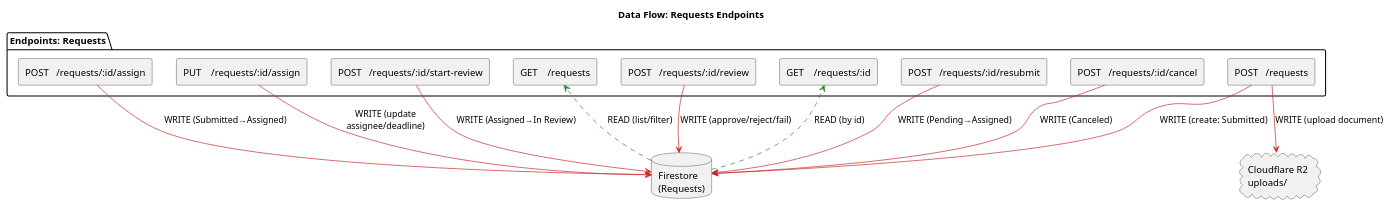
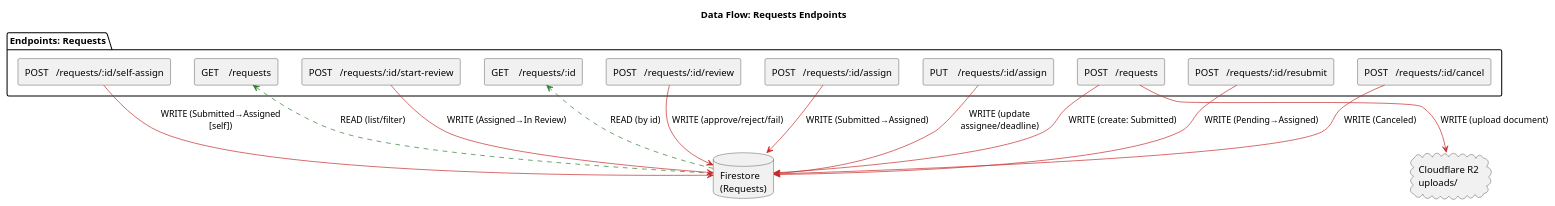
One commit to ST10399453/INSY7315_CiteWise changed the diagram in backend/documentation/requests.puml. Above: the diagram before and after it, drawn with PlantUML. The commit also changed 1 other file, not shown here.

Commit message:
add self-assign for consultant

```diff
--- a/backend/documentation/requests.puml
+++ b/backend/documentation/requests.puml
@@ -1,39 +1,41 @@
 @startuml API_DataFlow_Requests
 left to right direction
 skinparam componentStyle rectangle
 skinparam wrapWidth 280
 skinparam maxMessageSize 200
 title Data Flow: Requests Endpoints
 
 database "Firestore\n(Requests)" as FS_REQ
 cloud "Cloudflare R2\nuploads/" as R2
 
 package "Endpoints: Requests" {
   top to bottom direction
   component "POST   /requests"                      as REQ_CREATE
   component "GET    /requests"                      as REQ_LIST
   component "GET    /requests/:id"                  as REQ_DETAIL
   component "POST   /requests/:id/assign"           as REQ_ASSIGN
   component "PUT    /requests/:id/assign"           as REQ_ASSIGN_UPD
+  component "POST   /requests/:id/self-assign"      as REQ_SELF_ASSIGN
   component "POST   /requests/:id/start-review"     as REQ_START
   component "POST   /requests/:id/review"           as REQ_REVIEW
   component "POST   /requests/:id/resubmit"         as REQ_RESUB
   component "POST   /requests/:id/cancel"           as REQ_CANCEL
 }
 
 ' READs
 FS_REQ -[#2E7D32]-.-> REQ_LIST   : READ (list/filter)
 FS_REQ -[#2E7D32]-.-> REQ_DETAIL : READ (by id)
 
 ' WRITEs (metadata/state)
-REQ_CREATE     -[#C62828]-> FS_REQ : WRITE (create: Submitted)
-REQ_ASSIGN     -[#C62828]-> FS_REQ : WRITE (Submitted→Assigned)
-REQ_ASSIGN_UPD -[#C62828]-> FS_REQ : WRITE (update assignee/deadline)
-REQ_START      -[#C62828]-> FS_REQ : WRITE (Assigned→In Review)
-REQ_REVIEW     -[#C62828]-> FS_REQ : WRITE (approve/reject/fail)
-REQ_RESUB      -[#C62828]-> FS_REQ : WRITE (Pending→Assigned)
-REQ_CANCEL     -[#C62828]-> FS_REQ : WRITE (Canceled)
+REQ_CREATE      -[#C62828]-> FS_REQ : WRITE (create: Submitted)
+REQ_ASSIGN      -[#C62828]-> FS_REQ : WRITE (Submitted→Assigned)
+REQ_ASSIGN_UPD  -[#C62828]-> FS_REQ : WRITE (update assignee/deadline)
+REQ_SELF_ASSIGN -[#C62828]-> FS_REQ : WRITE (Submitted→Assigned [self])
+REQ_START       -[#C62828]-> FS_REQ : WRITE (Assigned→In Review)
+REQ_REVIEW      -[#C62828]-> FS_REQ : WRITE (approve/reject/fail)
+REQ_RESUB       -[#C62828]-> FS_REQ : WRITE (Pending→Assigned)
+REQ_CANCEL      -[#C62828]-> FS_REQ : WRITE (Canceled)
 
 ' Object uploads occur during create
 REQ_CREATE -[#C62828]-> R2 : WRITE (upload document)
 @enduml
```
